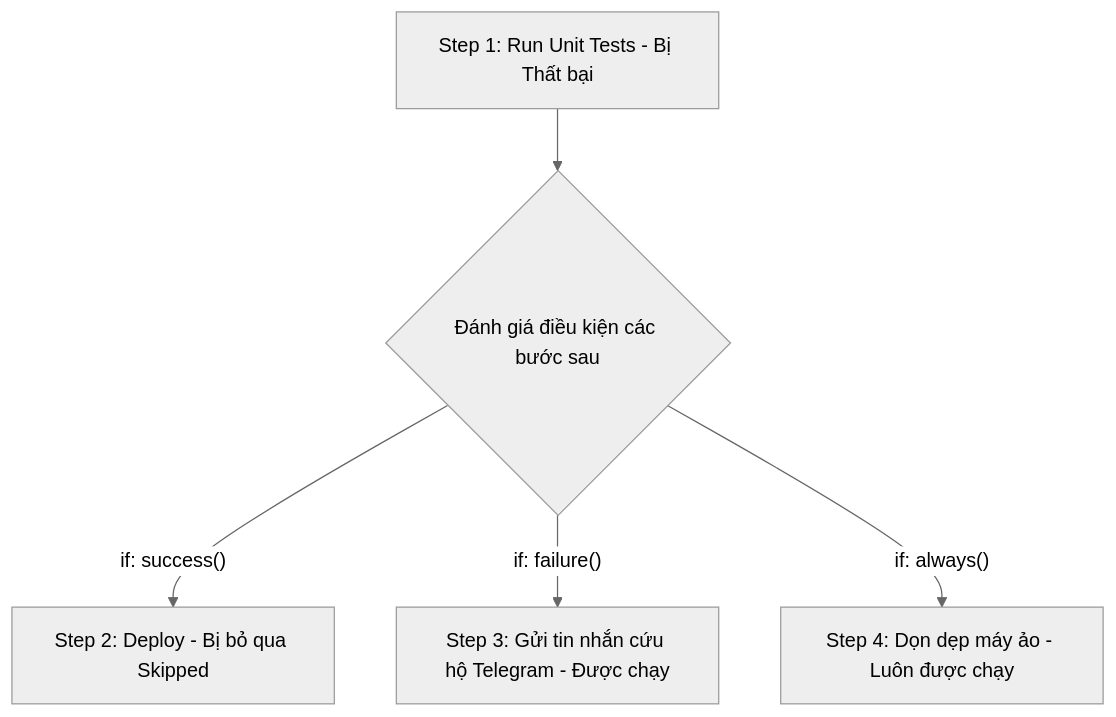
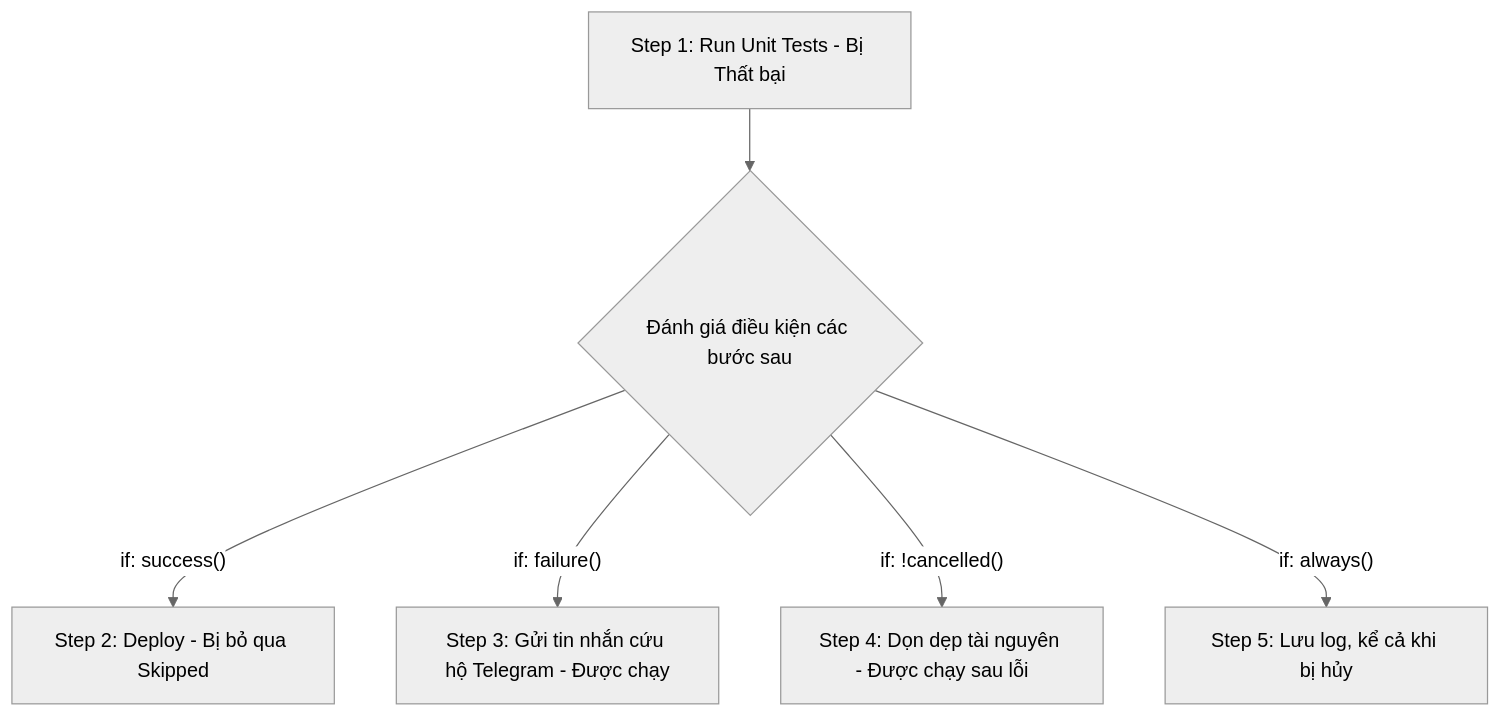
The diagram in courses/07-github-actions/13-conditional-execution-if/lesson.md (maitamdev/Git), drawn with Mermaid (neutral theme) before and after one commit. The commit also changed other lines of this file and 478 other files, not shown here.

````diff
--- a/courses/07-github-actions/13-conditional-execution-if/lesson.md
+++ b/courses/07-github-actions/13-conditional-execution-if/lesson.md
@@ -34,7 +34,8 @@
 ```mermaid
 flowchart TD
     Step1[Step 1: Run Unit Tests - Bị Thất bại] --> Check{Đánh giá điều kiện các bước sau}
     Check -- if: success() --> Step2[Step 2: Deploy - Bị bỏ qua Skipped]
     Check -- if: failure() --> Step3[Step 3: Gửi tin nhắn cứu hộ Telegram - Được chạy]
-    Check -- if: always() --> Step4[Step 4: Dọn dẹp máy ảo - Luôn được chạy]
+    Check -- if: !cancelled() --> Step4[Step 4: Dọn dẹp tài nguyên - Được chạy sau lỗi]
+    Check -- if: always() --> Step5[Step 5: Lưu log, kể cả khi bị hủy]
 ```
````
